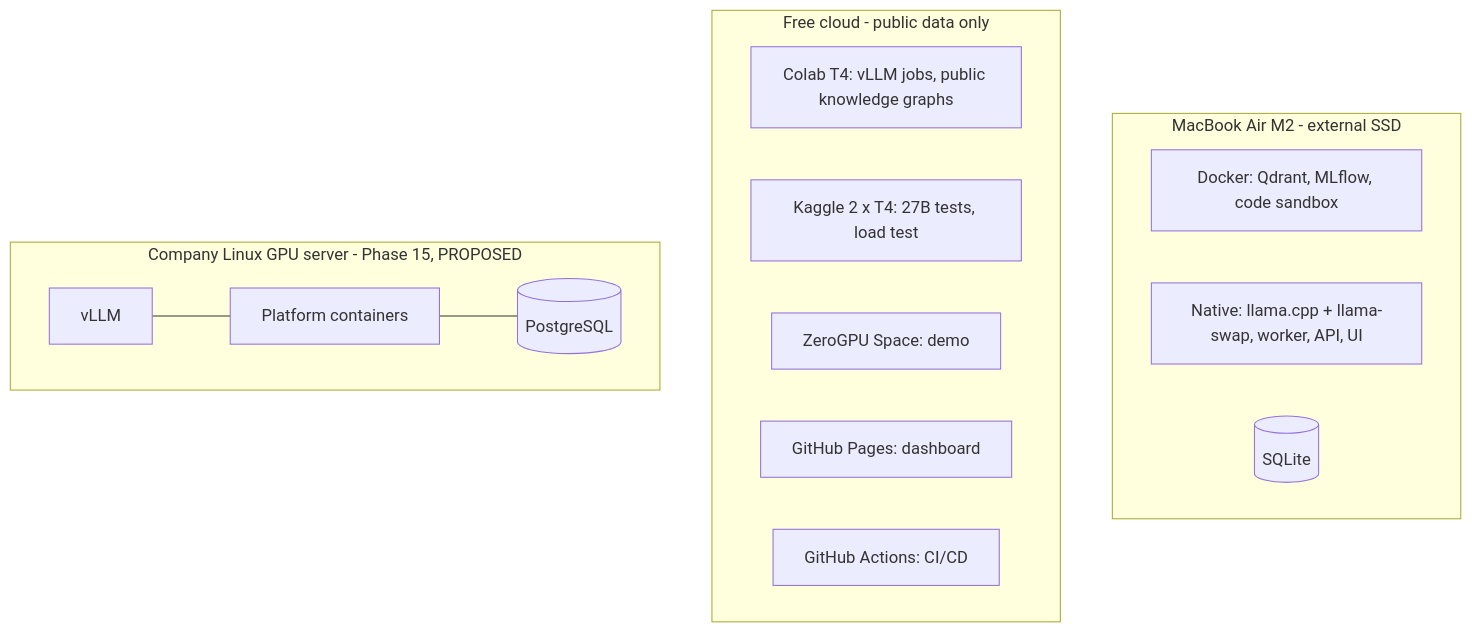
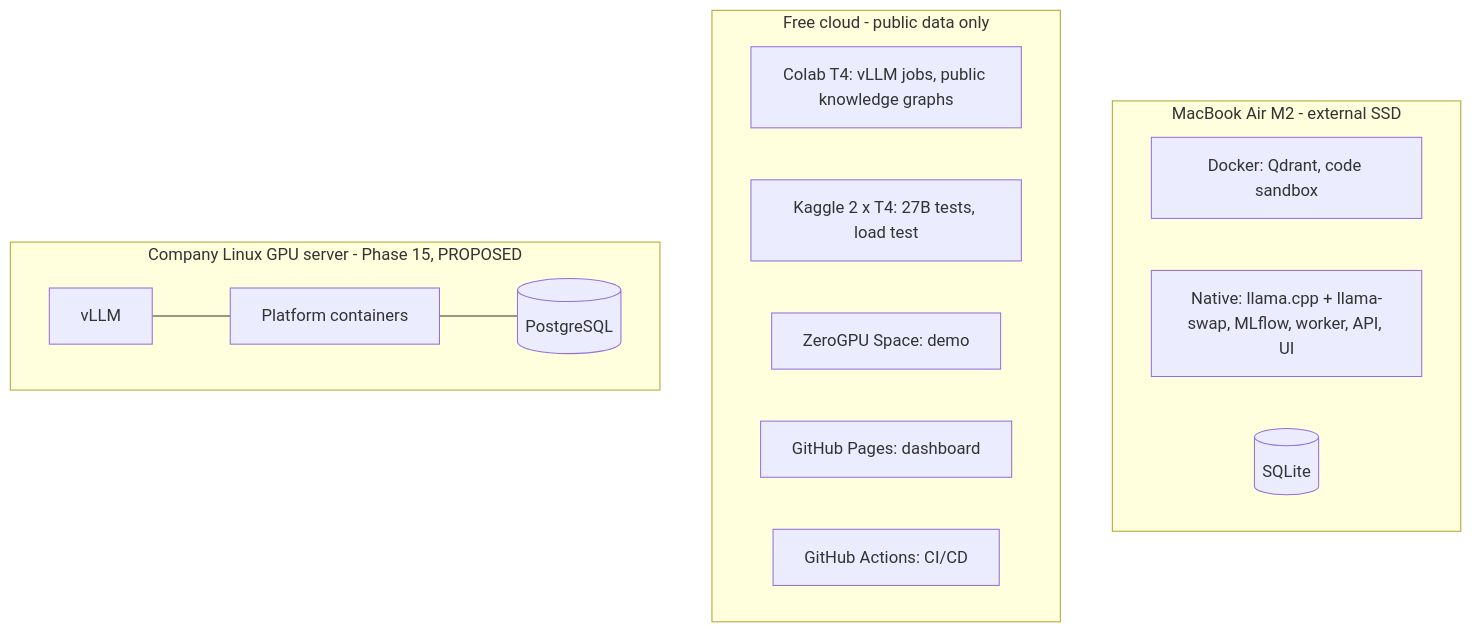
The diagram in docs/04-architecture/deployment-architecture.md (mdu-ai-lab/multiagent-ai-lab), drawn with Mermaid before and after one commit. The commit also changed 5 other files, not shown here.

````diff
--- a/docs/04-architecture/deployment-architecture.md
+++ b/docs/04-architecture/deployment-architecture.md
@@ -13,18 +13,18 @@
 ```mermaid
 flowchart TB
   subgraph Mac[MacBook Air M2 - external SSD]
-    DK[Docker: Qdrant, MLflow, code sandbox]
-    NT[Native: llama.cpp + llama-swap, worker, API, UI]
+    DK[Docker: Qdrant, code sandbox]
+    NT[Native: llama.cpp + llama-swap, MLflow, worker, API, UI]
     SQ[(SQLite)]
   end
   subgraph Cloud[Free cloud - public data only]
     CL[Colab T4: vLLM jobs, public knowledge graphs]
     KG[Kaggle 2 x T4: 27B tests, load test]
     ZG[ZeroGPU Space: demo]
     GP[GitHub Pages: dashboard]
     GA[GitHub Actions: CI/CD]
   end
   subgraph Company[Company Linux GPU server - Phase 15, PROPOSED]
     VL[vLLM] --- SV[Platform containers] --- PS[(PostgreSQL)]
   end
 ```
````
